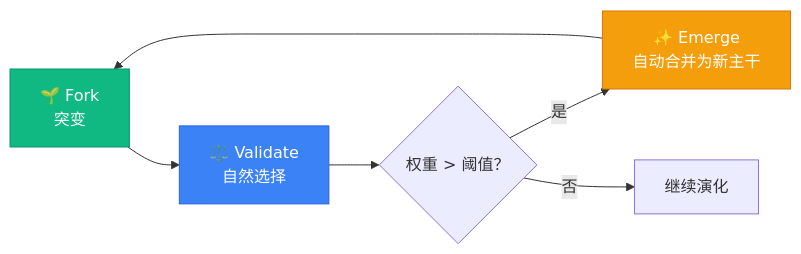
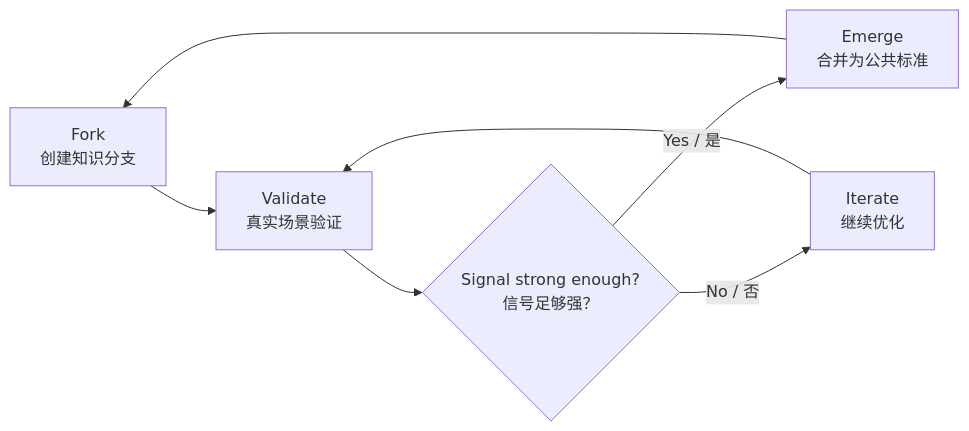
One commit to Greatbeing/AI-Knowledge-Bank changed the diagram in README.md. Above: the diagram before and after it, drawn with Mermaid. The commit also changed other lines of this file and 7 other files, not shown here.

````diff
--- a/README.md
+++ b/README.md
@@ -32,11 +63,9 @@
 ```mermaid
-graph LR
-    A[🌱 Fork<br/>突变] --> B[⚖️ Validate<br/>自然选择]
-    B --> C{权重 > 阈值？}
-    C -->|是 | D[✨ Emerge<br/>自动合并为新主干]
-    C -->|否 | E[继续演化]
-    D --> A
-    style A fill:#10b981,stroke:#059669,color:white
-    style B fill:#3b82f6,stroke:#2563eb,color:white
-    style D fill:#f59e0b,stroke:#d97706,color:white
+flowchart LR
+  A["Fork<br/>创建知识分支"] --> B["Validate<br/>真实场景验证"]
+  B --> C{"Signal strong enough?<br/>信号足够强？"}
+  C -->|Yes / 是| D["Emerge<br/>合并为公共标准"]
+  C -->|No / 否| E["Iterate<br/>继续优化"]
+  E --> B
+  D --> A
 ```
````
